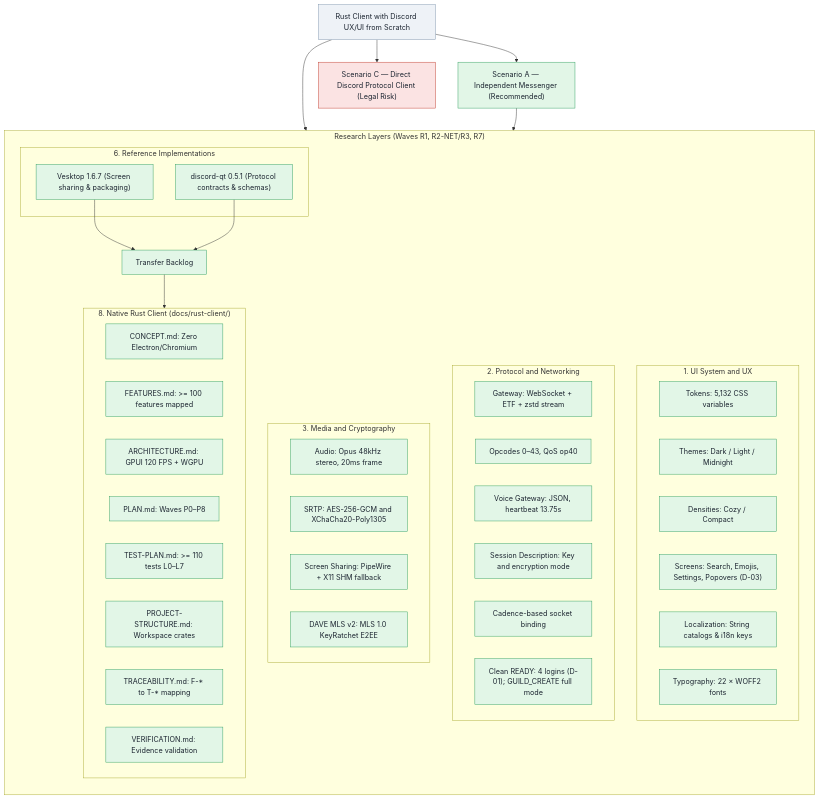
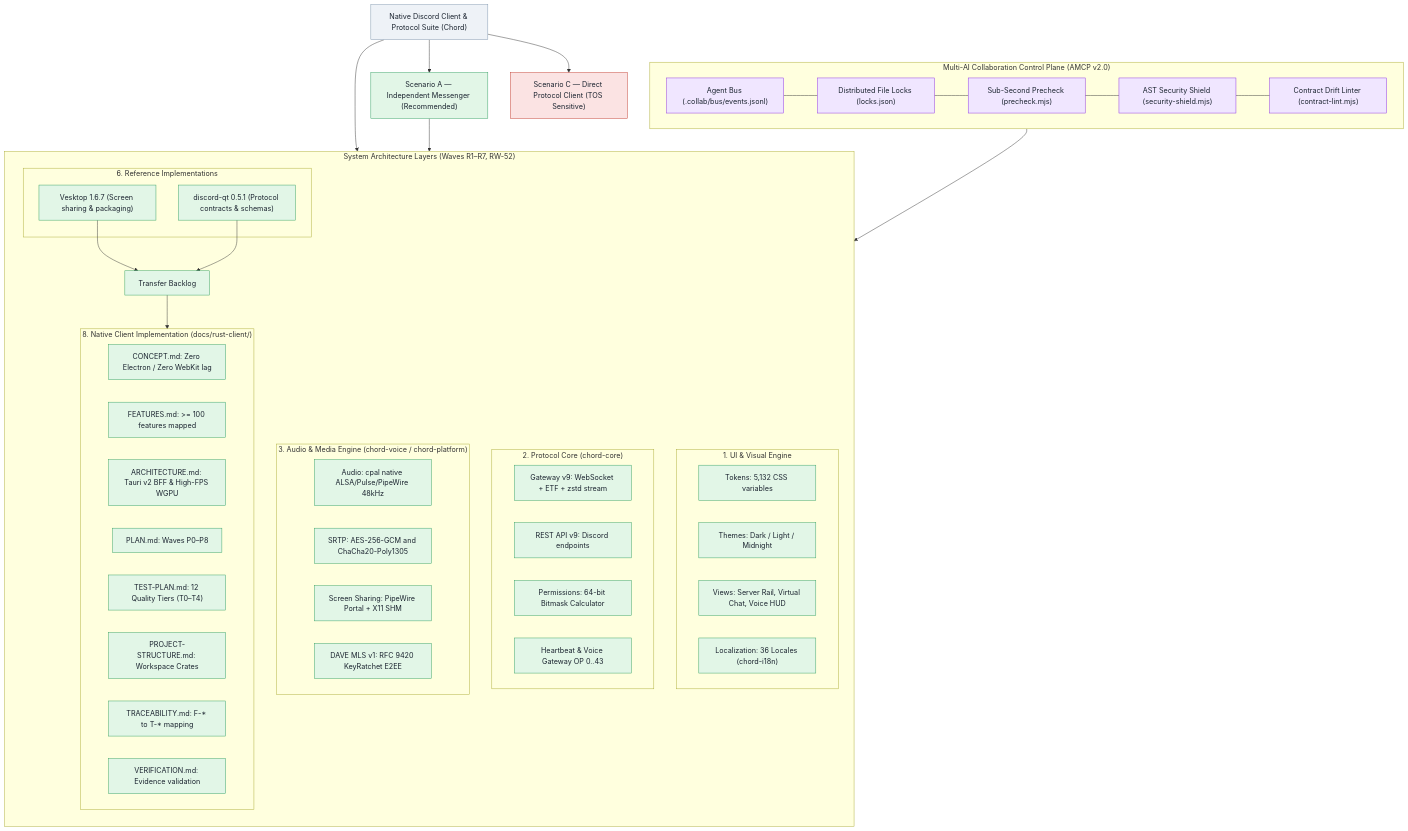
The first of 2 diagrams in docs/map.md (Userbash/chord), drawn with Mermaid before and after one commit. The commit also changed 3 other files, not shown here.

Commit message:
feat(docs): automate Mermaid graph generation & doc link validation suite

````diff
--- a/docs/map.md
+++ b/docs/map.md
@@ -13,60 +13,74 @@
 ```mermaid
 flowchart TB
   classDef ok fill:#e2f6e7,stroke:#2f9e5f,color:#1b2430
   classDef part fill:#fdf3d8,stroke:#c99700,color:#1b2430
   classDef no fill:#fbe3e3,stroke:#c0392b,color:#1b2430
   classDef neu fill:#eef2f7,stroke:#7d93ab,color:#1b2430
+  classDef amcp fill:#f0e6ff,stroke:#8a2be2,color:#1b2430
 
-  GOAL["Rust Client with Discord UX/UI from Scratch"]:::neu
+  GOAL["Native Discord Client & Protocol Suite (Chord)"]:::neu
   A["Scenario A — Independent Messenger (Recommended)"]:::ok
-  C["Scenario C — Direct Discord Protocol Client (Legal Risk)"]:::no
+  C["Scenario C — Direct Protocol Client (TOS Sensitive)"]:::no
   GOAL --> A
   GOAL --> C
   GOAL --> S8
   A --> LAYERS
 
-  subgraph LAYERS["Research Layers (Waves R1, R2-NET/R3, R7)"]
+  subgraph AMCP["Multi-AI Collaboration Control Plane (AMCP v2.0)"]
+    bus["Agent Bus (.collab/bus/events.jsonl)"]:::amcp
+    locks["Distributed File Locks (locks.json)"]:::amcp
+    precheck["Sub-Second Precheck (precheck.mjs)"]:::amcp
+    shield["AST Security Shield (security-shield.mjs)"]:::amcp
+    contracts["Contract Drift Linter (contract-lint.mjs)"]:::amcp
+    bus --- locks
+    locks --- precheck
+    precheck --- shield
+    shield --- contracts
+  end
+
+  subgraph LAYERS["System Architecture Layers (Waves R1–R7, RW-52)"]
     direction TB
-    subgraph S1["1. UI System and UX"]
+    subgraph S1["1. UI & Visual Engine"]
       u1["Tokens: 5,132 CSS variables"]:::ok
       u2["Themes: Dark / Light / Midnight"]:::ok
-      u3["Densities: Cozy / Compact"]:::ok
-      u4["Screens: Search, Emojis, Settings, Popovers (D-03)"]:::ok
-      u5["Localization: String catalogs & i18n keys"]:::ok
-      u6["Typography: 22 × WOFF2 fonts"]:::ok
+      u3["Views: Server Rail, Virtual Chat, Voice HUD"]:::ok
+      u4["Localization: 36 Locales (chord-i18n)"]:::ok
     end
-    subgraph S2["2. Protocol and Networking"]
-      p1["Gateway: WebSocket + ETF + zstd stream"]:::ok
-      p2["Opcodes 0–43, QoS op40"]:::ok
-      p3["Voice Gateway: JSON, heartbeat 13.75s"]:::ok
-      p4["Session Description: Key and encryption mode"]:::ok
-      p5["Cadence-based socket binding"]:::ok
-      p6["Clean READY: 4 logins (D-01); GUILD_CREATE full mode"]:::ok
+
+    subgraph S2["2. Protocol Core (chord-core)"]
+      p1["Gateway v9: WebSocket + ETF + zstd stream"]:::ok
+      p2["REST API v9: Discord endpoints"]:::ok
+      p3["Permissions: 64-bit Bitmask Calculator"]:::ok
+      p4["Heartbeat & Voice Gateway OP 0..43"]:::ok
     end
-    subgraph S3["3. Media and Cryptography"]
-      m1["Audio: Opus 48kHz stereo, 20ms frame"]:::ok
-      m2["SRTP: AES-256-GCM and XChaCha20-Poly1305"]:::ok
-      m3["Screen Sharing: PipeWire + X11 SHM fallback"]:::ok
-      m4["DAVE MLS v2: MLS 1.0 KeyRatchet E2EE"]:::ok
+
+    subgraph S3["3. Audio & Media Engine (chord-voice / chord-platform)"]
+      m1["Audio: cpal native ALSA/Pulse/PipeWire 48kHz"]:::ok
+      m2["SRTP: AES-256-GCM and ChaCha20-Poly1305"]:::ok
+      m3["Screen Sharing: PipeWire Portal + X11 SHM"]:::ok
+      m4["DAVE MLS v1: RFC 9420 KeyRatchet E2EE"]:::ok
     end
+
     subgraph S6["6. Reference Implementations"]
       ref1["Vesktop 1.6.7 (Screen sharing & packaging)"]:::ok
       ref2["discord-qt 0.5.1 (Protocol contracts & schemas)"]:::ok
     end
-    subgraph S8["8. Native Rust Client (docs/rust-client/)"]
-      rc1["CONCEPT.md: Zero Electron/Chromium"]:::ok
+
+    subgraph S8["8. Native Client Implementation (docs/rust-client/)"]
+      rc1["CONCEPT.md: Zero Electron / Zero WebKit lag"]:::ok
       rc2["FEATURES.md: >= 100 features mapped"]:::ok
-      rc3["ARCHITECTURE.md: GPUI 120 FPS + WGPU"]:::ok
+      rc3["ARCHITECTURE.md: Tauri v2 BFF & High-FPS WGPU"]:::ok
       rc4["PLAN.md: Waves P0–P8"]:::ok
-      rc5["TEST-PLAN.md: >= 110 tests L0–L7"]:::ok
-      rc6["PROJECT-STRUCTURE.md: Workspace crates"]:::ok
+      rc5["TEST-PLAN.md: 12 Quality Tiers (T0–T4)"]:::ok
+      rc6["PROJECT-STRUCTURE.md: Workspace Crates"]:::ok
       rc7["TRACEABILITY.md: F-* to T-* mapping"]:::ok
       rc8["VERIFICATION.md: Evidence validation"]:::ok
     end
     bkl["Transfer Backlog"]:::ok
   end
 
   ref1 --> bkl
   ref2 --> bkl
   bkl --> S8
+  AMCP --> LAYERS
 ```
````
